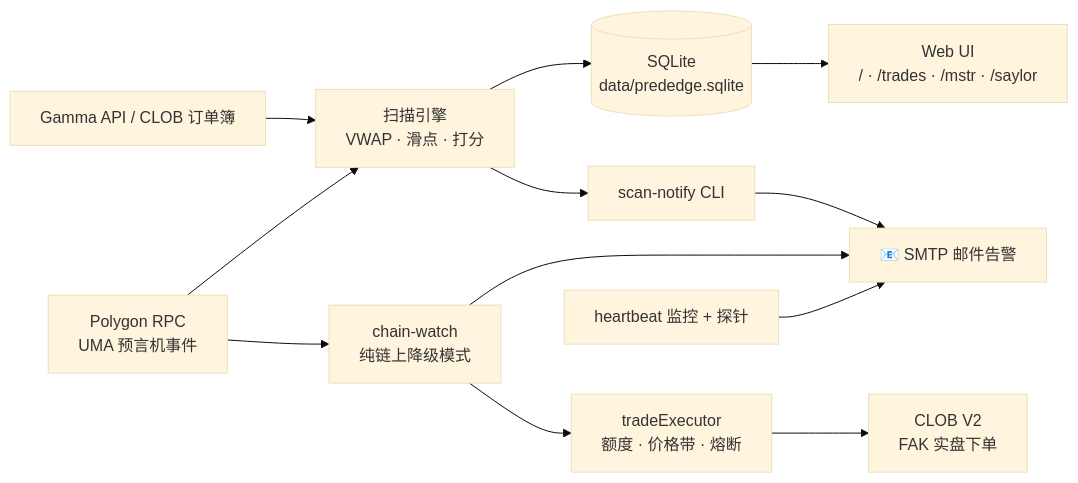
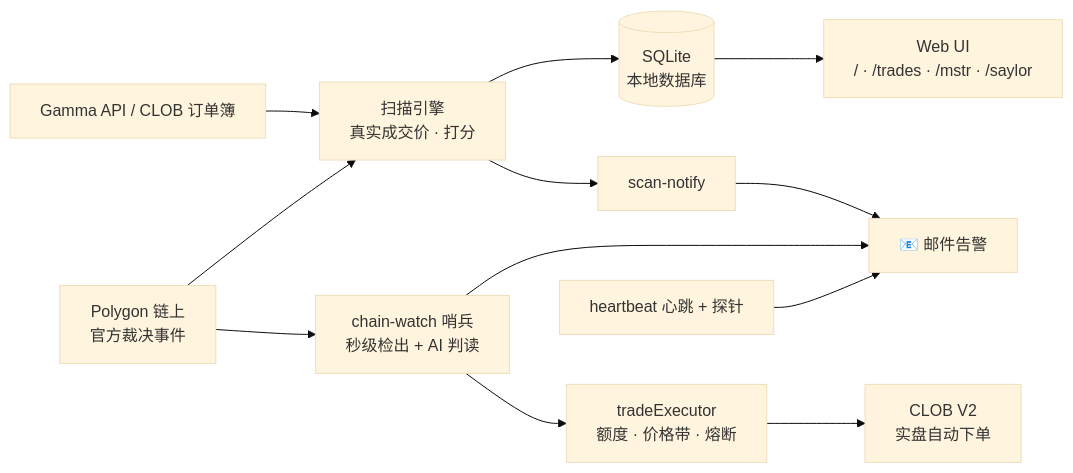
Before and after one commit to yiyangshen04/prededge: the first of 2 diagrams in README.md, drawn with Mermaid (base theme). The commit also changed other lines of this file, not shown here.

````diff
--- a/README.md
+++ b/README.md
@@ -76,14 +108,14 @@
 ```mermaid
 flowchart LR
-    G[Gamma API / CLOB 订单簿] --> S[扫描引擎<br/>VWAP · 滑点 · 打分]
-    P[Polygon RPC<br/>UMA 预言机事件] --> S
-    P --> C[chain-watch<br/>纯链上降级模式]
-    S --> DB[(SQLite<br/>data/prededge.sqlite)]
+    G[Gamma API / CLOB 订单簿] --> S[扫描引擎<br/>真实成交价 · 打分]
+    P[Polygon 链上<br/>官方裁决事件] --> S
+    P --> C[chain-watch 哨兵<br/>秒级检出 + AI 判读]
+    S --> DB[(SQLite<br/>本地数据库)]
     DB --> UI[Web UI<br/>/ · /trades · /mstr · /saylor]
-    S --> N[scan-notify CLI]
-    N --> M[📧 SMTP 邮件告警]
+    S --> N[scan-notify]
+    N --> M[📧 邮件告警]
     C --> M
     C --> T[tradeExecutor<br/>额度 · 价格带 · 熔断]
-    T --> O[CLOB V2<br/>FAK 实盘下单]
-    H[heartbeat 监控 + 探针] --> M
+    T --> O[CLOB V2<br/>实盘自动下单]
+    H[heartbeat 心跳 + 探针] --> M
 ```
````
